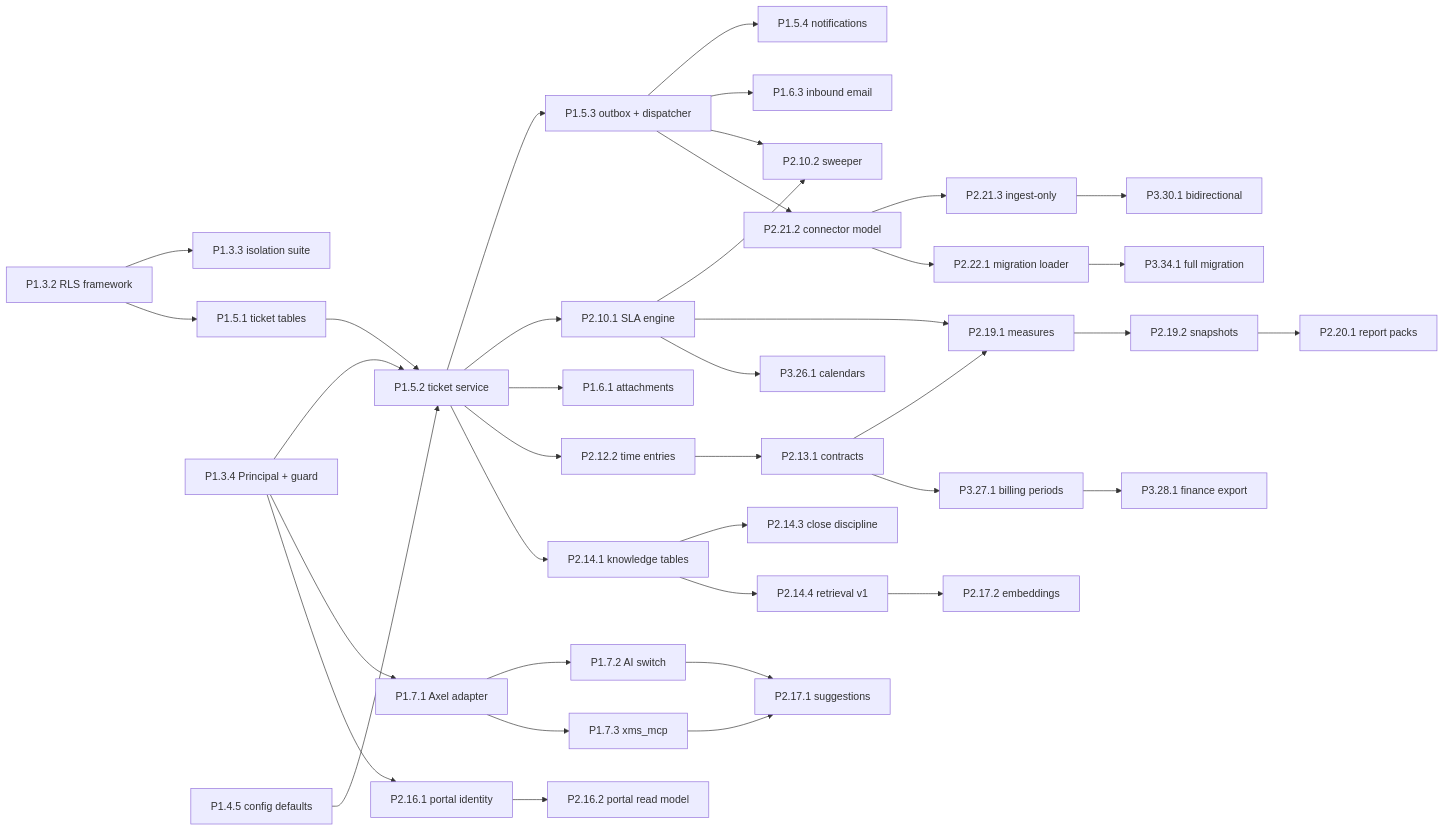
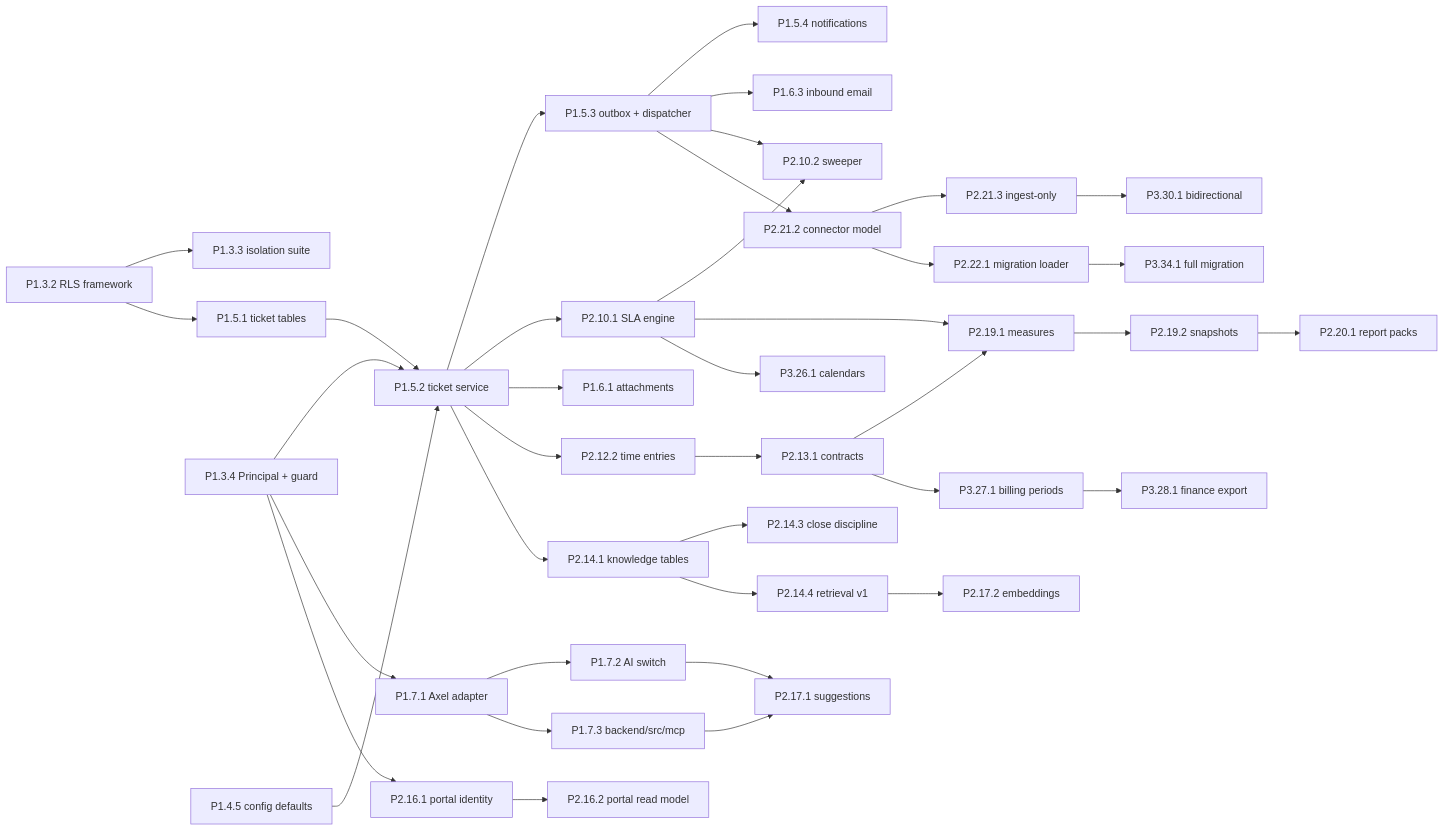
One commit to Mattb0124/xms-specs changed the diagram in 03-delivery/IMPLEMENTATION-PLAN.md. Above: the diagram before and after it, drawn with Mermaid. The commit also changed other lines of this file and 16 other files, not shown here.

````diff
--- a/03-delivery/IMPLEMENTATION-PLAN.md
+++ b/03-delivery/IMPLEMENTATION-PLAN.md
@@ -282,40 +282,40 @@
 ```mermaid
 flowchart LR
     RLS["P1.3.2 RLS framework"] --> ISO["P1.3.3 isolation suite"]
     RLS --> TK["P1.5.1 ticket tables"]
     AUTH["P1.3.4 Principal + guard"] --> TS["P1.5.2 ticket service"]
     CFG["P1.4.5 config defaults"] --> TS
     TK --> TS
     TS --> OB["P1.5.3 outbox + dispatcher"]
     OB --> NOTIF["P1.5.4 notifications"]
     OB --> EMAILIN["P1.6.3 inbound email"]
     OB --> SWEEP["P2.10.2 sweeper"]
     TS --> SLA["P2.10.1 SLA engine"]
     SLA --> SWEEP
     TS --> ATT["P1.6.1 attachments"]
     AUTH --> AXEL["P1.7.1 Axel adapter"]
     AXEL --> SWITCH["P1.7.2 AI switch"]
-    AXEL --> MCP["P1.7.3 xms_mcp"]
+    AXEL --> MCP["P1.7.3 backend/src/mcp"]
     TS --> TIME["P2.12.2 time entries"]
     TIME --> CONTRACT["P2.13.1 contracts"]
     TS --> KB["P2.14.1 knowledge tables"]
     KB --> CLOSE["P2.14.3 close discipline"]
     KB --> RETR["P2.14.4 retrieval v1"]
     RETR --> EMB["P2.17.2 embeddings"]
     SWITCH --> SUGG["P2.17.1 suggestions"]
     MCP --> SUGG
     AUTH --> PORTALID["P2.16.1 portal identity"]
     PORTALID --> PORTAL["P2.16.2 portal read model"]
     SLA --> MEAS["P2.19.1 measures"]
     CONTRACT --> MEAS
     MEAS --> SNAP["P2.19.2 snapshots"]
     SNAP --> WSR["P2.20.1 report packs"]
     OB --> CONN["P2.21.2 connector model"]
     CONN --> INGEST["P2.21.3 ingest-only"]
     INGEST --> BIDI["P3.30.1 bidirectional"]
     CONN --> MIG["P2.22.1 migration loader"]
     MIG --> FULLMIG["P3.34.1 full migration"]
     SLA --> CAL["P3.26.1 calendars"]
     CONTRACT --> PERIODS["P3.27.1 billing periods"]
     PERIODS --> EXPORT["P3.28.1 finance export"]
 ```
````
